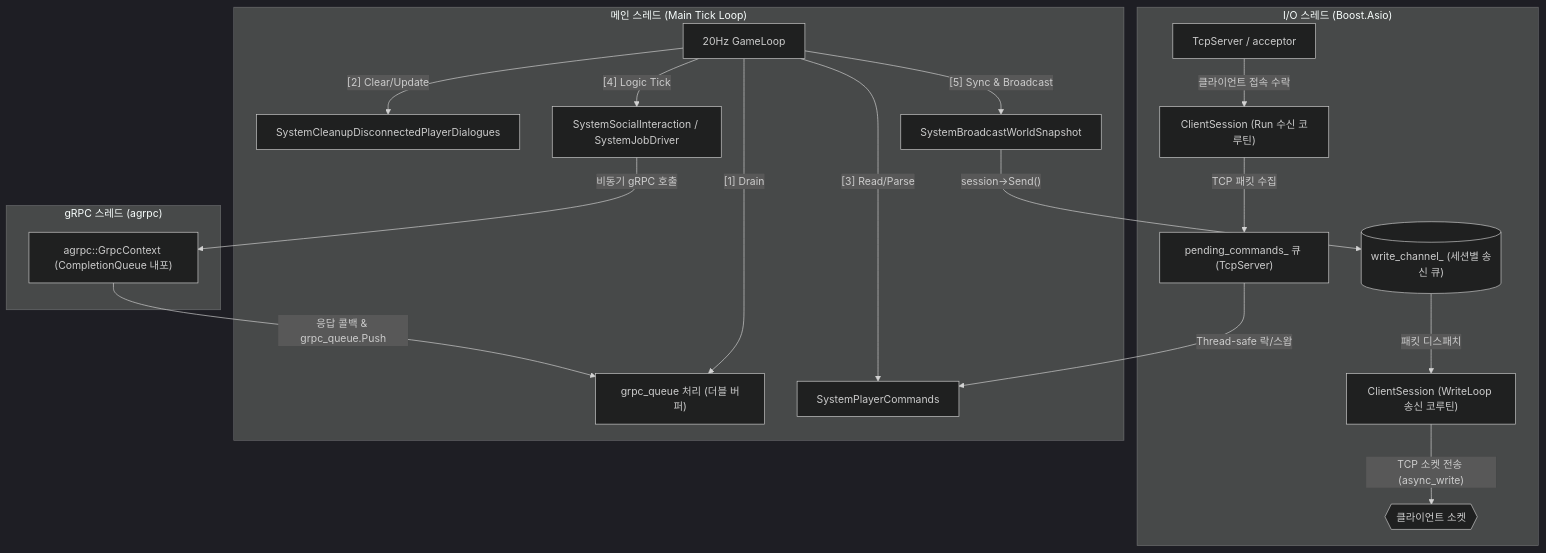
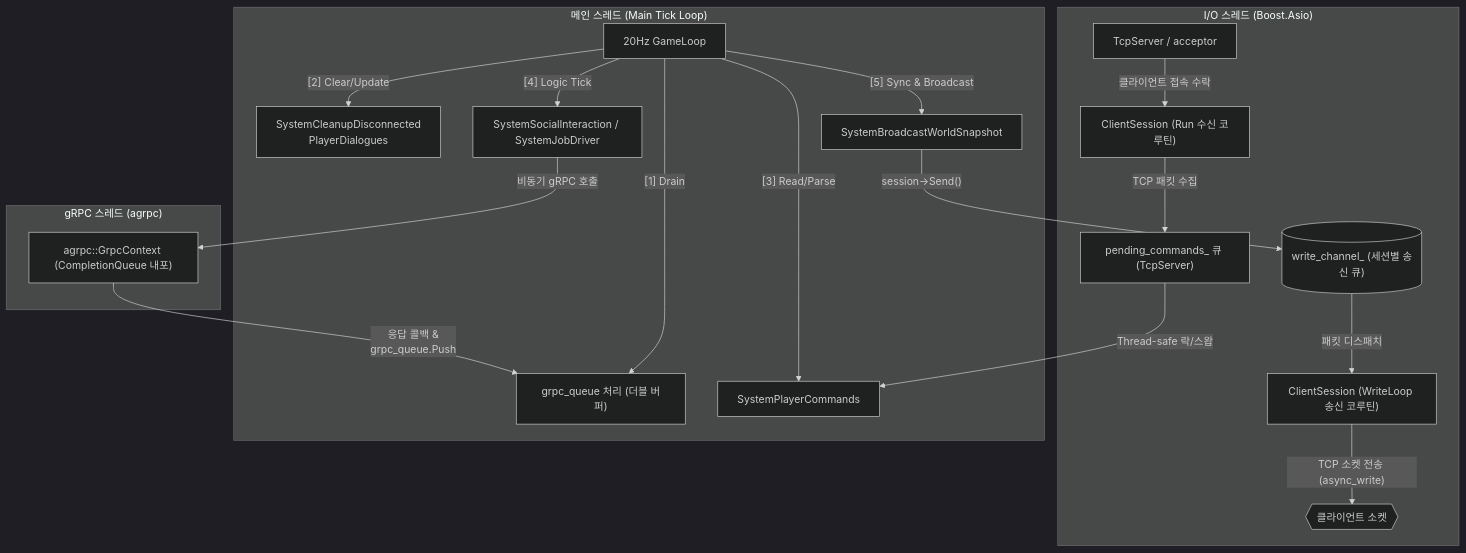
The first of 7 diagrams in MundusVivens/docs/01_game_server_architecture.md (jin20203458/Obsidian.Agent), drawn with Mermaid (dark theme) before and after one commit. The commit also changed other lines of this file, not shown here.

Commit message:
docs: sync C++ architecture spec data (60% initiation, 8m distance) with C++ source code

````diff
--- a/MundusVivens/docs/01_game_server_architecture.md
+++ b/MundusVivens/docs/01_game_server_architecture.md
@@ -23,28 +23,28 @@
 ```mermaid
 flowchart TD
     subgraph io_thread ["I/O 스레드 (Boost.Asio)"]
         A["TcpServer / acceptor"] -->|"클라이언트 접속 수락"| B["ClientSession (Run 수신 코루틴)"]
         B -->|"TCP 패킷 수집"| C["pending_commands_ 큐 (TcpServer)"]
         
         W_Chan[("write_channel_ (세션별 송신 큐)")] -->|"패킷 디스패치"| WL["ClientSession (WriteLoop 송신 코루틴)"]
         WL -->|"TCP 소켓 전송 (async_write)"| ClientSocket{{"클라이언트 소켓"}}
     end
 
     subgraph main_thread ["메인 스레드 (Main Tick Loop)"]
         M["20Hz GameLoop"] -->|"[1] Drain"| D["grpc_queue 처리 (더블 버퍼)"]
-        M -->|"[2] Clear/Update"| E["SystemCleanupDisconnectedPlayerDialogues"]
+        M -->|"[2] Clear/Update"| E["SystemCleanupDisconnected<br/>PlayerDialogues"]
         M -->|"[3] Read/Parse"| F["SystemPlayerCommands"]
         M -->|"[4] Logic Tick"| G["SystemSocialInteraction / SystemJobDriver"]
         M -->|"[5] Sync & Broadcast"| H["SystemBroadcastWorldSnapshot"]
     end
 
     subgraph grpc_thread ["gRPC 스레드 (agrpc)"]
         G_Context["agrpc::GrpcContext (CompletionQueue 내포)"]
     end
 
     %% 데이터 흐름 (스레드 간 통신)
     C -->|"Thread-safe 락/스왑"| F
     G -->|"비동기 gRPC 호출"| G_Context
-    G_Context -->|"응답 콜백 & grpc_queue.Push"| D
+    G_Context -->|"응답 콜백 &<br/>grpc_queue.Push"| D
     H -->|"session->Send()"| W_Chan
 ```
````
